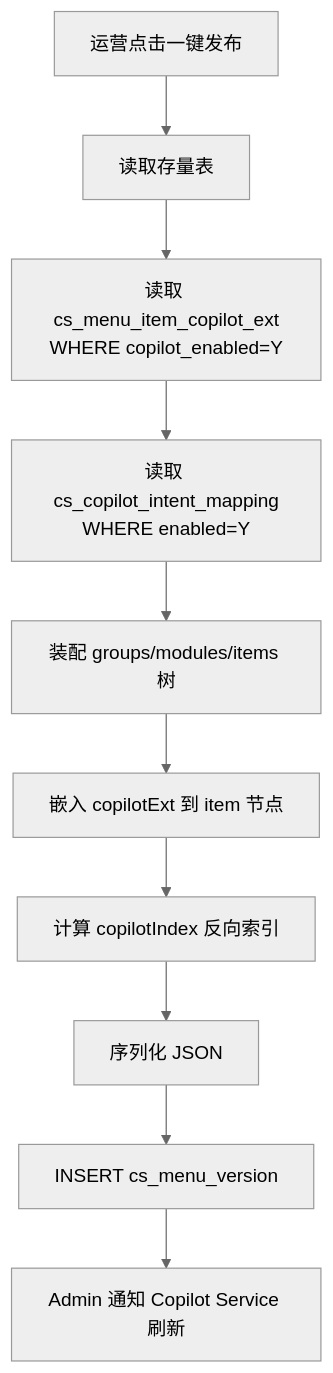
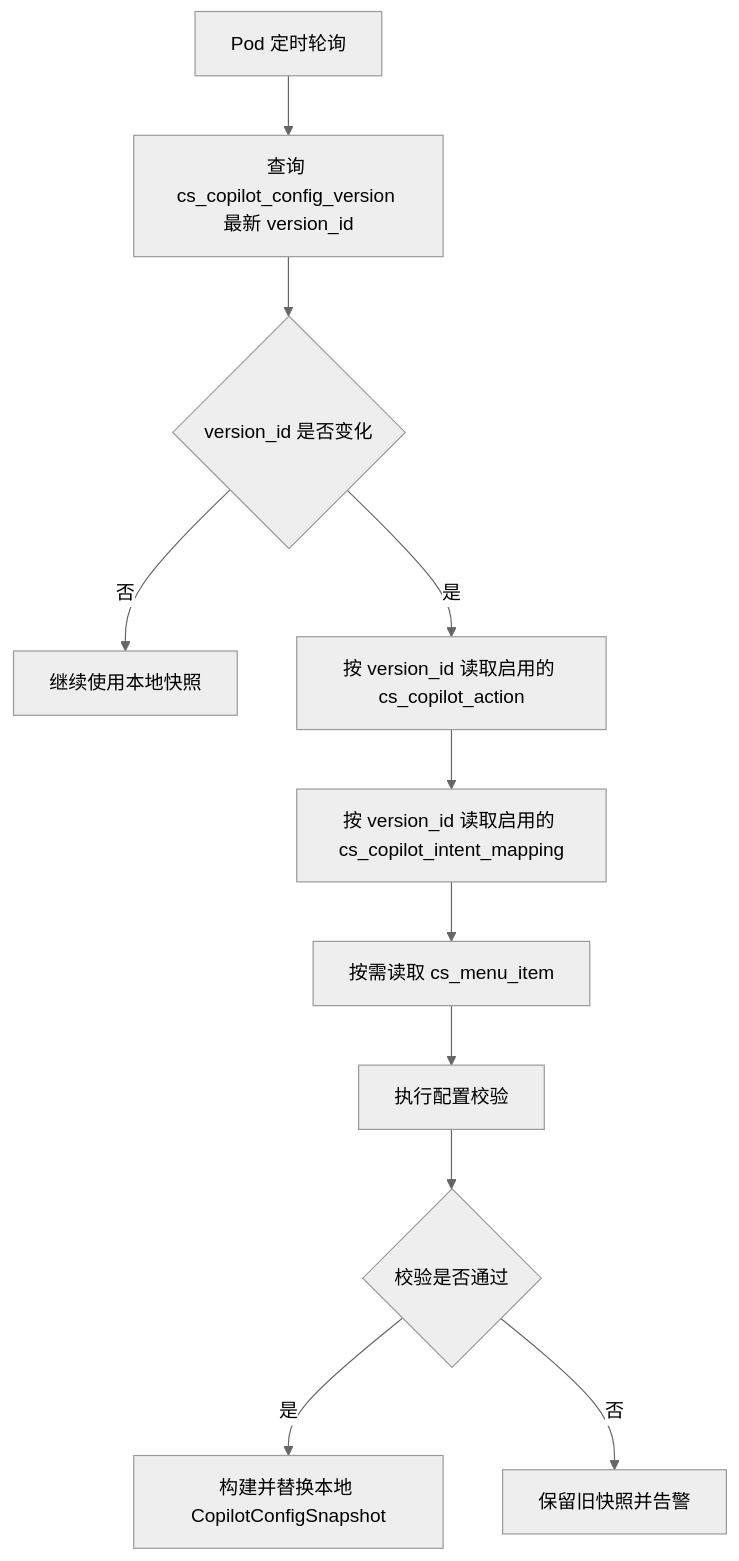
Diagram 19 of 24 in cs-copilot-service/docs/dd-v1.2.md (qzz617/copilot), drawn with Mermaid (neutral theme) before and after one commit. The commit also changed other lines of this file and 118 other files, not shown here.

First line of the commit message:
feat: simplify and restructure copilot service implementation

````diff
--- a/cs-copilot-service/docs/dd-v1.2.md
+++ b/cs-copilot-service/docs/dd-v1.2.md
@@ -3039,12 +2774,13 @@
 ```mermaid
 flowchart TD
-    A[运营点击一键发布] --> B[读取存量表]
-    B --> C[读取 cs_menu_item_copilot_ext<br/>WHERE copilot_enabled=Y]
-    C --> D[读取 cs_copilot_intent_mapping<br/>WHERE enabled=Y]
-    D --> E[装配 groups/modules/items 树]
-    E --> F[嵌入 copilotExt 到 item 节点]
-    F --> G[计算 copilotIndex 反向索引]
-    G --> H[序列化 JSON]
-    H --> I[INSERT cs_menu_version]
-    I --> J[Admin 通知 Copilot Service 刷新]
+    A[Pod 定时轮询] --> B[查询 cs_copilot_config_version 最新 version_id]
+    B --> C{version_id 是否变化}
+    C -- 否 --> D[继续使用本地快照]
+    C -- 是 --> E[按 version_id 读取启用的 cs_copilot_action]
+    E --> F[按 version_id 读取启用的 cs_copilot_intent_mapping]
+    F --> G[按需读取 cs_menu_item]
+    G --> H[执行配置校验]
+    H --> I{校验是否通过}
+    I -- 是 --> J[构建并替换本地 CopilotConfigSnapshot]
+    I -- 否 --> K[保留旧快照并告警]
 ```
````
